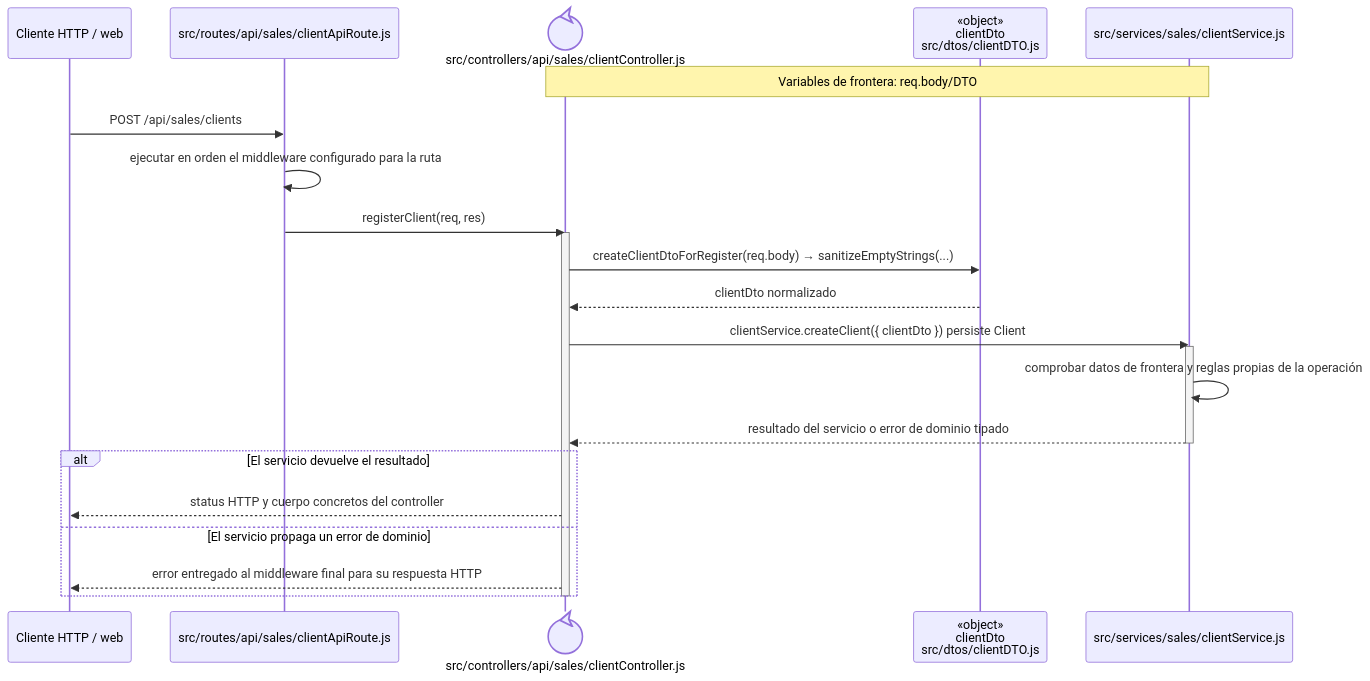
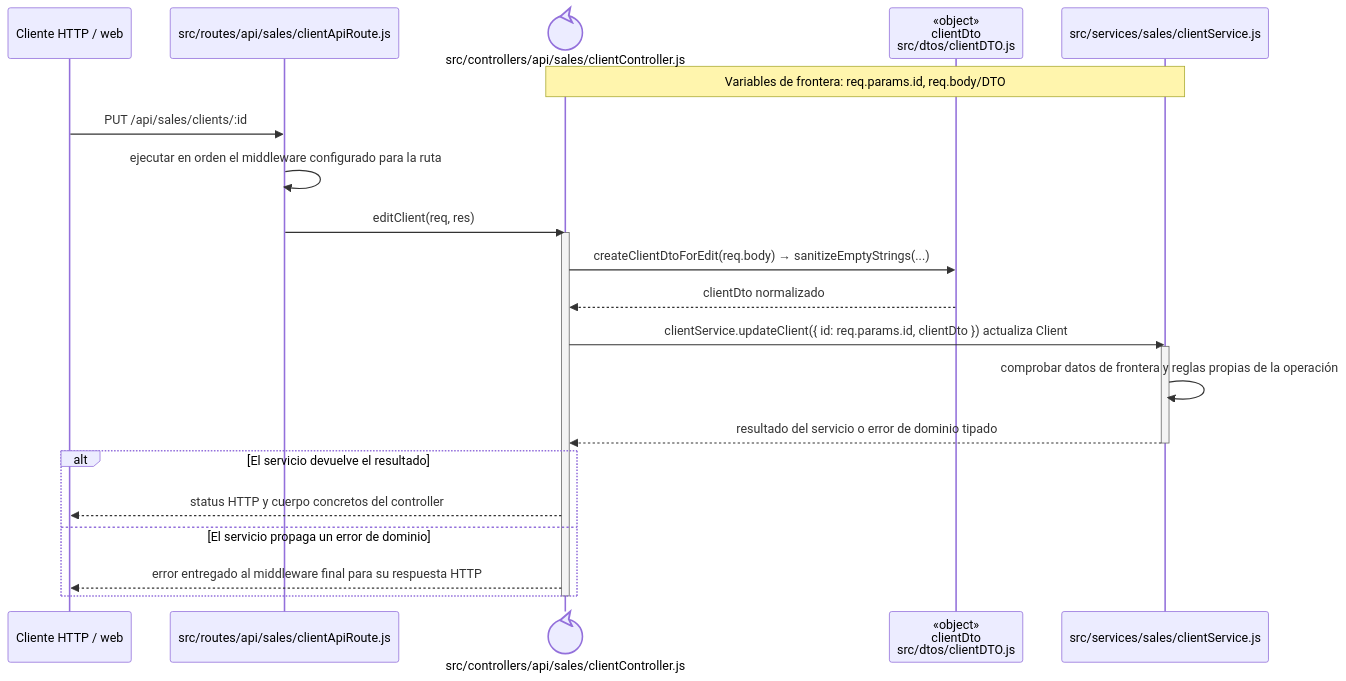
One commit to gpgsistemas01/nexus changed the diagram in docs/architecture/backend-code-sequences/catalogs/cu-cat-16.md. Above: the diagram before and after it, drawn with Mermaid. The commit also changed other lines of this file and 207 other files, not shown here.

````diff
--- a/docs/architecture/backend-code-sequences/catalogs/cu-cat-16.md
+++ b/docs/architecture/backend-code-sequences/catalogs/cu-cat-16.md
@@ -6,27 +6,27 @@
 ```mermaid
 sequenceDiagram
     participant Client as Cliente HTTP / web
     participant Route as src/routes/api/sales/clientApiRoute.js
     participant Controller@{ "type": "control" } as src/controllers/api/sales/clientController.js
     participant ClientDto as «object»<br/>clientDto<br/>src/dtos/clientDTO.js
     participant Domain as src/services/sales/clientService.js
-    Note over Controller,Domain: Variables de frontera: req.body/DTO
+    Note over Controller,Domain: Variables de frontera: req.params.id, req.body/DTO
 
-    Client->>Route: POST /api/sales/clients
+    Client->>Route: PUT /api/sales/clients/:id
     Route->>Route: ejecutar en orden el middleware configurado para la ruta
-    Route->>Controller: registerClient(req, res)
+    Route->>Controller: editClient(req, res)
     activate Controller
-    Controller->>ClientDto: createClientDtoForRegister(req.body) → sanitizeEmptyStrings(...)
+    Controller->>ClientDto: createClientDtoForEdit(req.body) → sanitizeEmptyStrings(...)
     ClientDto-->>Controller: clientDto normalizado
-    Controller->>Domain: clientService.createClient({ clientDto }) persiste Client
+    Controller->>Domain: clientService.updateClient({ id: req.params.id, clientDto }) actualiza Client
     activate Domain
     Domain->>Domain: comprobar datos de frontera y reglas propias de la operación
     Domain-->>Controller: resultado del servicio o error de dominio tipado
     deactivate Domain
     alt El servicio devuelve el resultado
         Controller-->>Client: status HTTP y cuerpo concretos del controller
     else El servicio propaga un error de dominio
         Controller-->>Client: error entregado al middleware final para su respuesta HTTP
     end
     deactivate Controller
 ```
````
